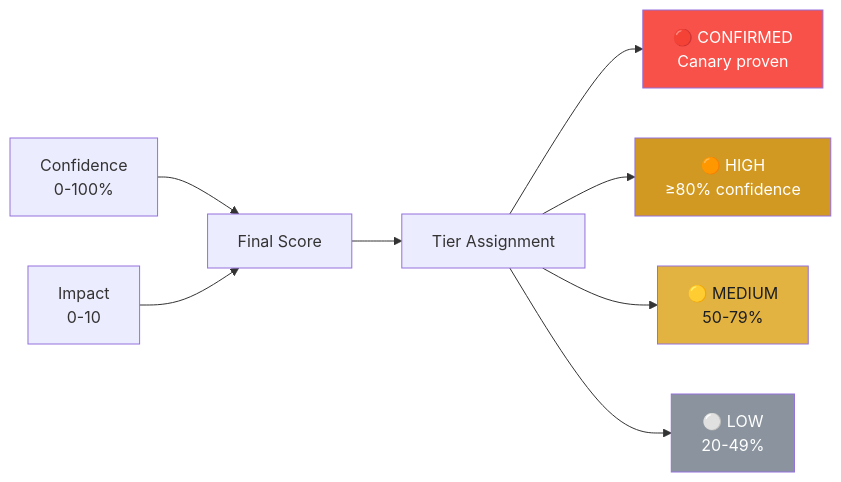
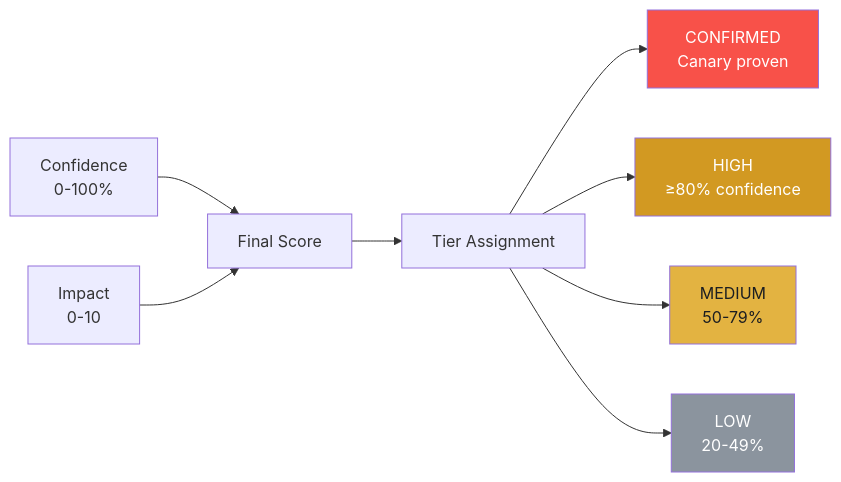
One commit to ghostvectoracademy/DLLHijackHunter changed the third of 3 diagrams in README.md. Above: the diagram before and after it, drawn with Mermaid. The commit also changed other lines of this file and 8 other files, not shown here.

````diff
--- a/README.md
+++ b/README.md
@@ -295,15 +255,15 @@
 ```mermaid
 flowchart LR
     C["Confidence<br/>0-100%"] --> F["Final Score"]
     I["Impact<br/>0-10"] --> F
     F --> T["Tier Assignment"]
-    T --> T1["🔴 CONFIRMED<br/>Canary proven"]
-    T --> T2["🟠 HIGH<br/>≥80% confidence"]
-    T --> T3["🟡 MEDIUM<br/>50-79%"]
-    T --> T4["⚪ LOW<br/>20-49%"]
+    T --> T1["CONFIRMED<br/>Canary proven"]
+    T --> T2["HIGH<br/>≥80% confidence"]
+    T --> T3["MEDIUM<br/>50-79%"]
+    T --> T4["LOW<br/>20-49%"]
 
     style T1 fill:#f85149,color:white
     style T2 fill:#d29922,color:white
     style T3 fill:#e3b341,color:#1c1e21
     style T4 fill:#8b949e,color:white
 ```
````
